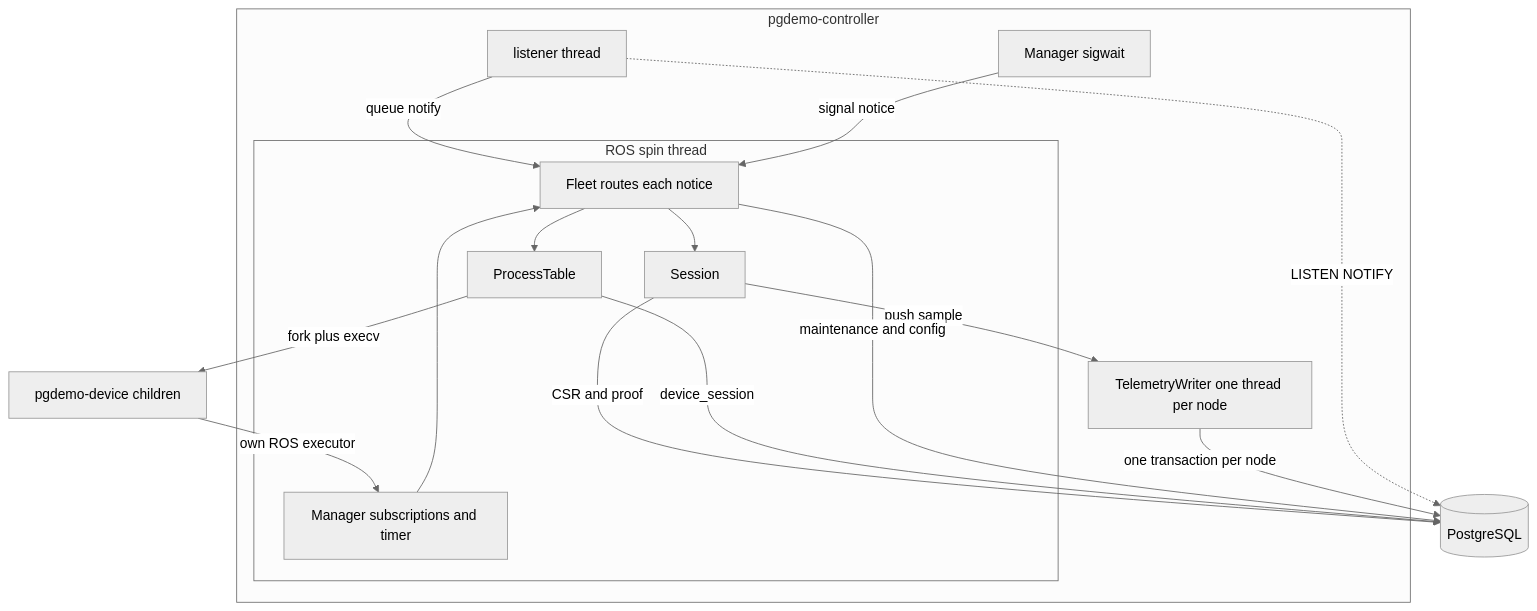
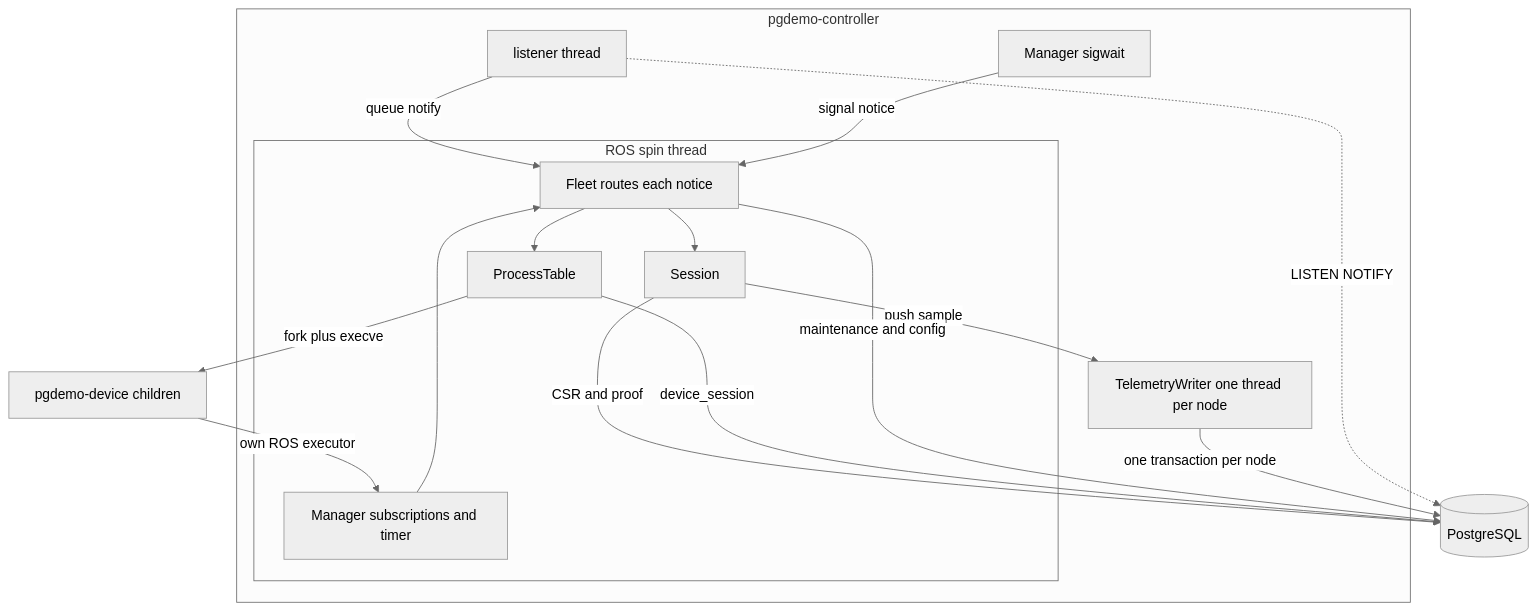
Before and after one commit to jgmatu/postgresql: the first of 3 diagrams in controller/README.md, drawn with Mermaid (neutral theme). The commit also changed other lines of this file and 10 other files, not shown here.

````diff
--- a/controller/README.md
+++ b/controller/README.md
@@ -32,30 +32,30 @@
 ```mermaid
 flowchart TB
     subgraph ctl [pgdemo-controller]
         listener[listener thread]
         sigwait[Manager sigwait]
         subgraph spinThread [ROS spin thread]
             manager[Manager subscriptions and timer]
             fleet[Fleet routes each notice]
             table[ProcessTable]
             session[Session]
             manager --> fleet
             fleet --> table
             fleet --> session
         end
         writer[TelemetryWriter one thread per node]
     end
     pg[(PostgreSQL)]
     devices[pgdemo-device children]
 
     listener -->|queue notify| fleet
     sigwait -->|signal notice| fleet
     session -->|push sample| writer
     writer -->|one transaction per node| pg
     session -->|CSR and proof| pg
     table -->|device_session| pg
     fleet -->|maintenance and config| pg
     listener -.->|LISTEN NOTIFY| pg
-    table -->|fork plus execv| devices
+    table -->|fork plus execve| devices
     devices -->|own ROS executor| manager
 ```
````
